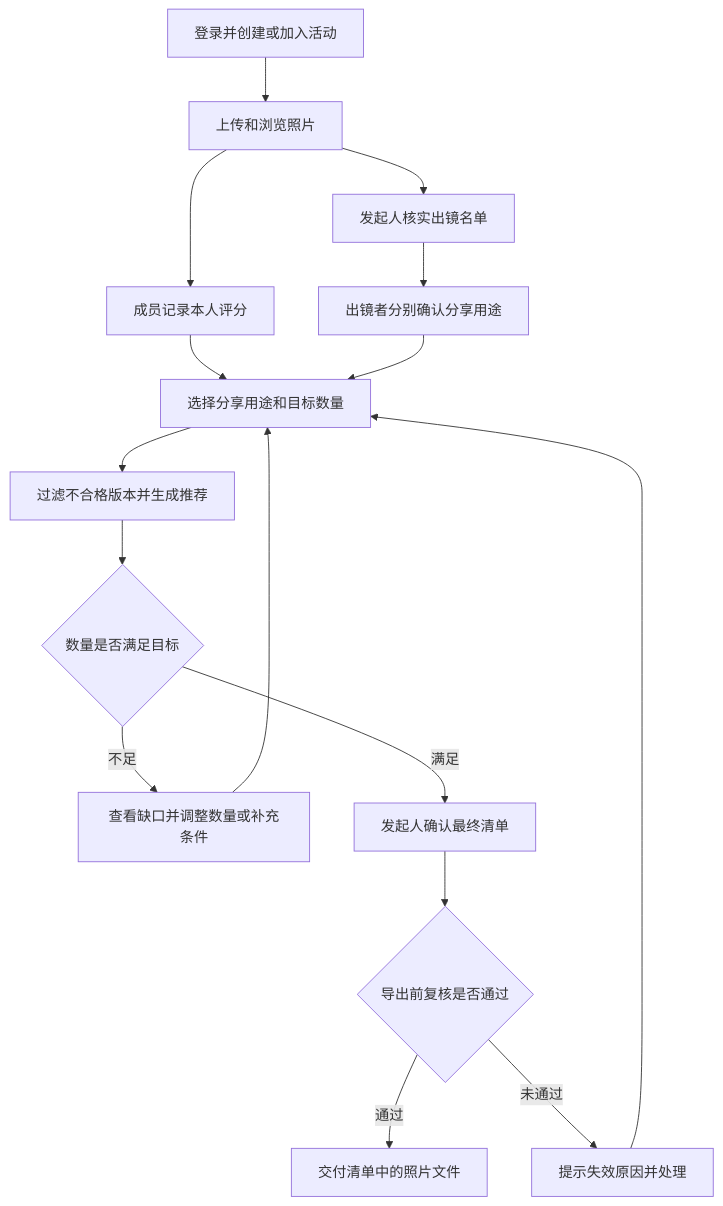
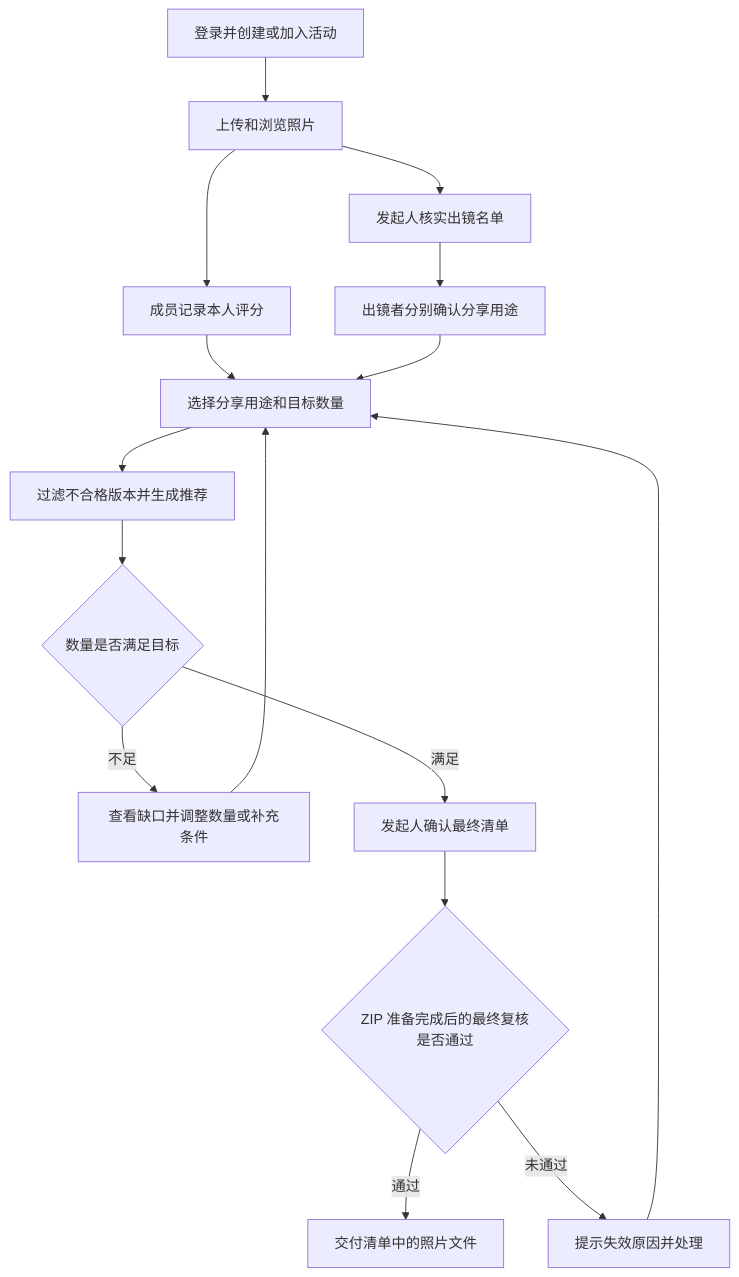
One commit to Jdeciderz23/frame-and-say changed the diagram in docs/11-srs-draft.md. Above: the diagram before and after it, drawn with Mermaid. The commit also changed other lines of this file, not shown here.

````diff
--- a/docs/11-srs-draft.md
+++ b/docs/11-srs-draft.md
@@ -113,18 +113,18 @@
 ```mermaid
 flowchart TD
     A[登录并创建或加入活动] --> B[上传和浏览照片]
     B --> C[发起人核实出镜名单]
     B --> D[成员记录本人评分]
     C --> E[出镜者分别确认分享用途]
     D --> F[选择分享用途和目标数量]
     E --> F
     F --> G[过滤不合格版本并生成推荐]
     G --> H{数量是否满足目标}
     H -->|不足| I[查看缺口并调整数量或补充条件]
     I --> F
     H -->|满足| J[发起人确认最终清单]
-    J --> K{导出前复核是否通过}
+    J --> K{ZIP 准备完成后的最终复核是否通过}
     K -->|通过| L[交付清单中的照片文件]
     K -->|未通过| M[提示失效原因并处理]
     M --> F
 ```
````
